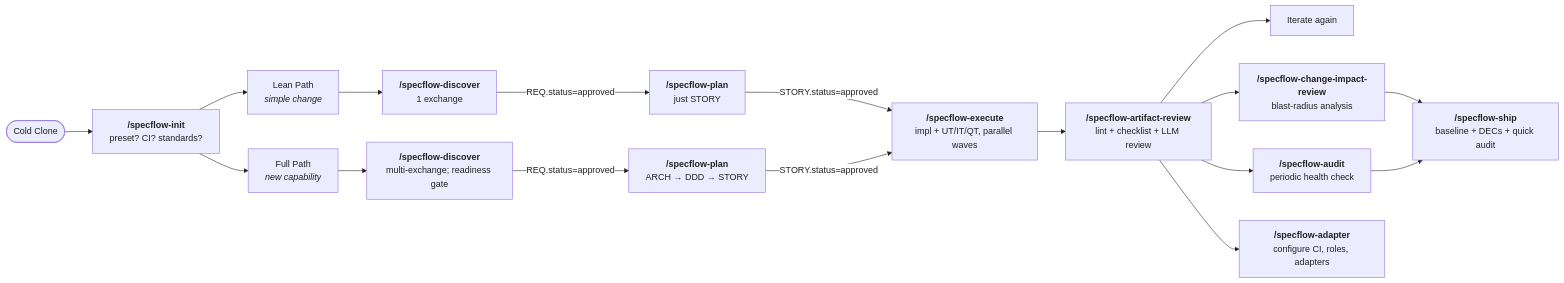
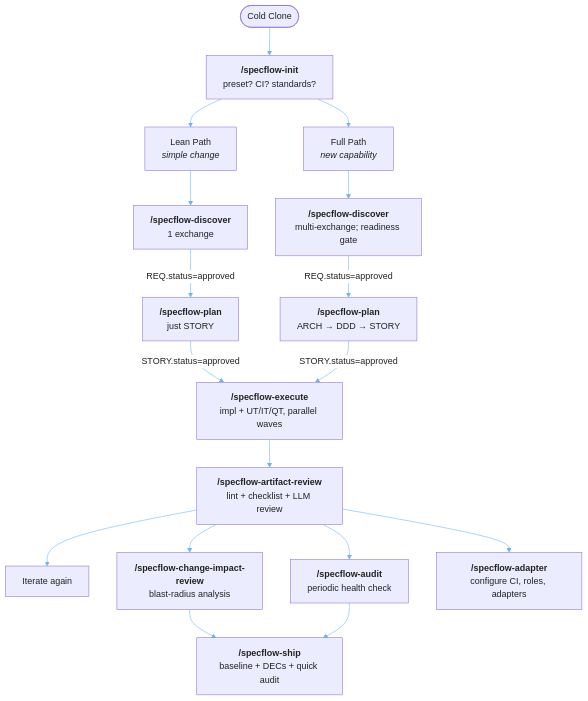
The diagram in slides.md (Longhuiberkeley/specflow_why), drawn with Mermaid before and after one commit. The commit also changed other lines of this file and 1 other file, not shown here.

Commit message:
fix: enlarge lifecycle flowchart (vertical TD, 1.3x scale), color arrows blue, and fully hide Slidev nav sidebar via global-bottom.vue layer

````diff
--- a/slides.md
+++ b/slides.md
@@ -183,27 +181,27 @@
 ```mermaid {theme: 'base'}
-%%{init: {'themeVariables': { 'lineColor': '#222222', 'edgeLabelBackground': '#ffffff', 'textColor': '#222222'}}}%%
-graph LR
+%%{init: {'themeVariables': { 'lineColor': '#6CB4EE', 'edgeLabelBackground': '#ffffff', 'textColor': '#222222'}}}%%
+graph TD
     Start([Cold Clone]) --> Init[<b>/specflow-init</b><br/>preset? CI? standards?]
     
     Init --> Lean[Lean Path<br/><i>simple change</i>]
     Init --> Full[Full Path<br/><i>new capability</i>]
     
     Lean --> DiscLean[<b>/specflow-discover</b><br/>1 exchange]
     Full --> DiscFull[<b>/specflow-discover</b><br/>multi-exchange; readiness gate]
     
     DiscLean -- REQ.status=approved --> PlanLean[<b>/specflow-plan</b><br/>just STORY]
     DiscFull -- REQ.status=approved --> PlanFull[<b>/specflow-plan</b><br/>ARCH → DDD → STORY]
     
     PlanLean -- STORY.status=approved --> Exec[<b>/specflow-execute</b><br/>impl + UT/IT/QT, parallel waves]
     PlanFull -- STORY.status=approved --> Exec
     
     Exec --> Review[<b>/specflow-artifact-review</b><br/>lint + checklist + LLM review]
     
     Review --> Iterate[Iterate again]
     Review --> Impact[<b>/specflow-change-impact-review</b><br/>blast-radius analysis]
     Review --> Audit[<b>/specflow-audit</b><br/>periodic health check]
     Review --> Adapter[<b>/specflow-adapter</b><br/>configure CI, roles, adapters]
     
     Impact --> Ship[<b>/specflow-ship</b><br/>baseline + DECs + quick audit]
     Audit --> Ship
 ```
````
